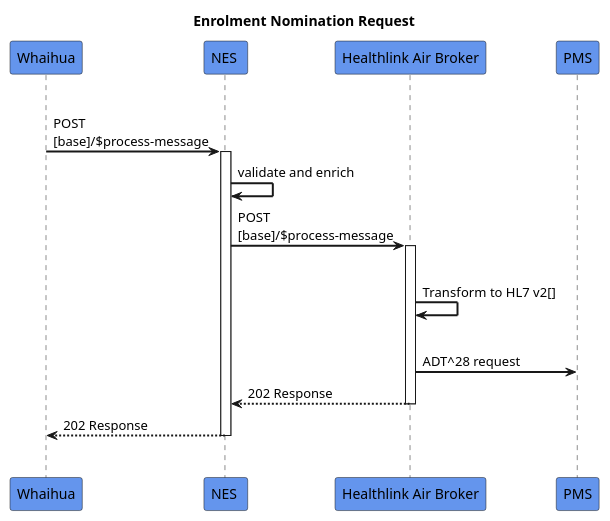
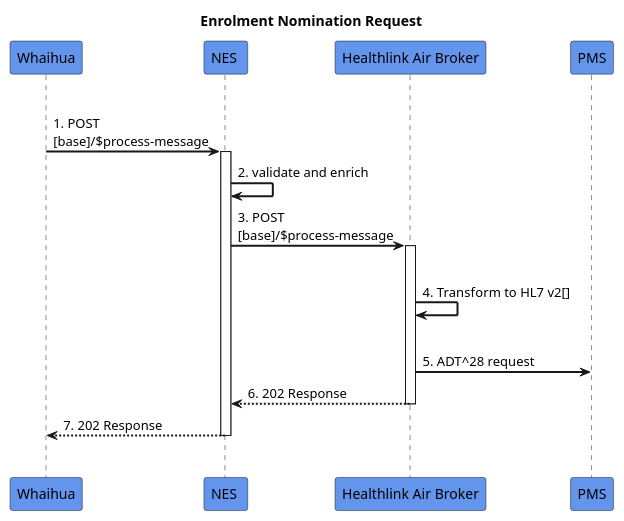
Before and after one commit to HL7NZ/nes-ig: the diagram in input/images-source/enrolment-nomination-request.plantuml, drawn with PlantUML. The commit also changed 2 other files, not shown here.

```diff
--- a/input/images-source/enrolment-nomination-request.plantuml
+++ b/input/images-source/enrolment-nomination-request.plantuml
@@ -1,29 +1,29 @@
 @startuml
 skinparam sequenceArrowThickness 2
 skinparam roundcorner 5
 skinparam maxmessagesize 180
 skinparam sequenceParticipant bold
 title  Enrolment Nomination Request
 participant "Whaihua" as AA #CornflowerBlue
 participant "NES " as A #CornflowerBlue
 participant "Healthlink Air Broker" as B #CornflowerBlue
 participant "PMS" as C #CornflowerBlue
 |||
 
-AA -> A: POST [base]/$process-message
+AA -> A: 1. POST [base]/$process-message
 activate A
-A -> A:  validate and enrich
+A -> A:  2. validate and enrich
 
-A -> B: POST [base]/$process-message
+A -> B: 3. POST [base]/$process-message
 activate B
 |||
-B -> B: Transform to HL7 v2[]
+B -> B: 4. Transform to HL7 v2[]
 |||
-B -> C: ADT^28 request
-B -[dashed]-> A: 202 Response 
+B -> C: 5. ADT^28 request
+B -[dashed]-> A: 6. 202 Response 
 deactivate B
-A -[dashed]-> AA: 202 Response 
+A -[dashed]-> AA: 7. 202 Response 
 
 deactivate A
 |||
 @enduml
```
